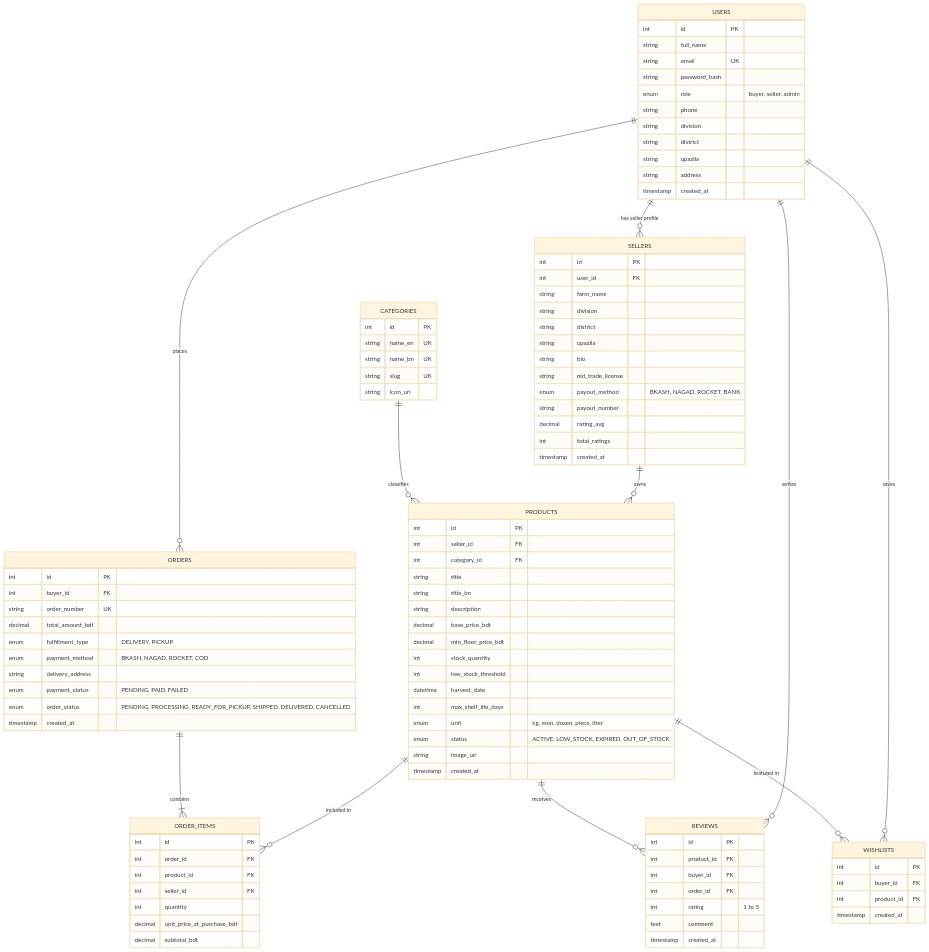
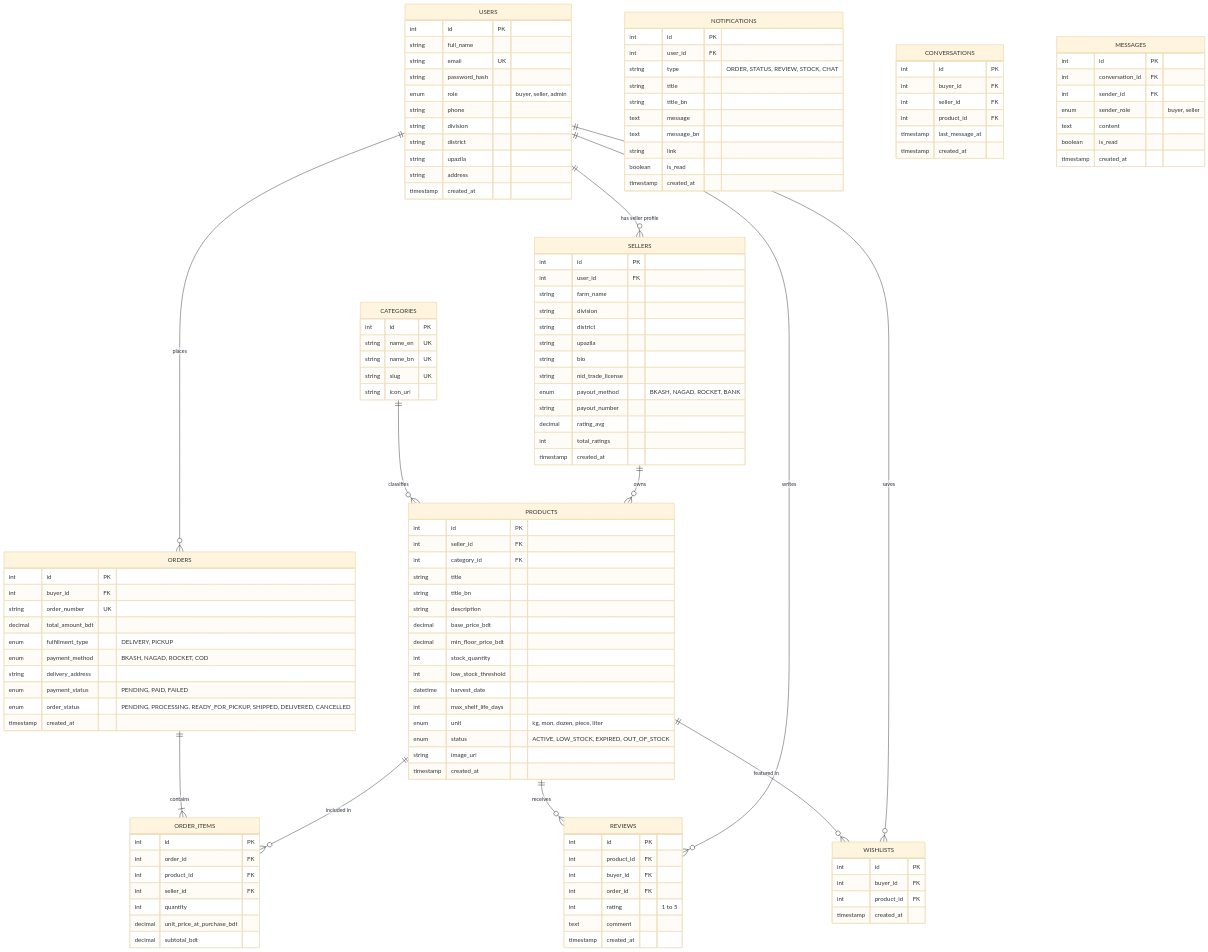
One commit to Redowan-Tanvir-Shifat/AgroMarket changed the second of 3 diagrams in SYSTEM_PLAN.md. Above: the diagram before and after it, drawn with Mermaid (base theme). The commit also changed other lines of this file and 9 other files, not shown here.

````diff
--- a/SYSTEM_PLAN.md
+++ b/SYSTEM_PLAN.md
@@ -410,4 +449,36 @@
         int product_id FK
         timestamp created_at
     }
+
+    NOTIFICATIONS {
+        int id PK
+        int user_id FK
+        string type "ORDER, STATUS, REVIEW, STOCK, CHAT"
+        string title
+        string title_bn
+        text message
+        text message_bn
+        string link
+        boolean is_read
+        timestamp created_at
+    }
+
+    CONVERSATIONS {
+        int id PK
+        int buyer_id FK
+        int seller_id FK
+        int product_id FK
+        timestamp last_message_at
+        timestamp created_at
+    }
+
+    MESSAGES {
+        int id PK
+        int conversation_id FK
+        int sender_id FK
+        enum sender_role "buyer, seller"
+        text content
+        boolean is_read
+        timestamp created_at
+    }
 ```
````
